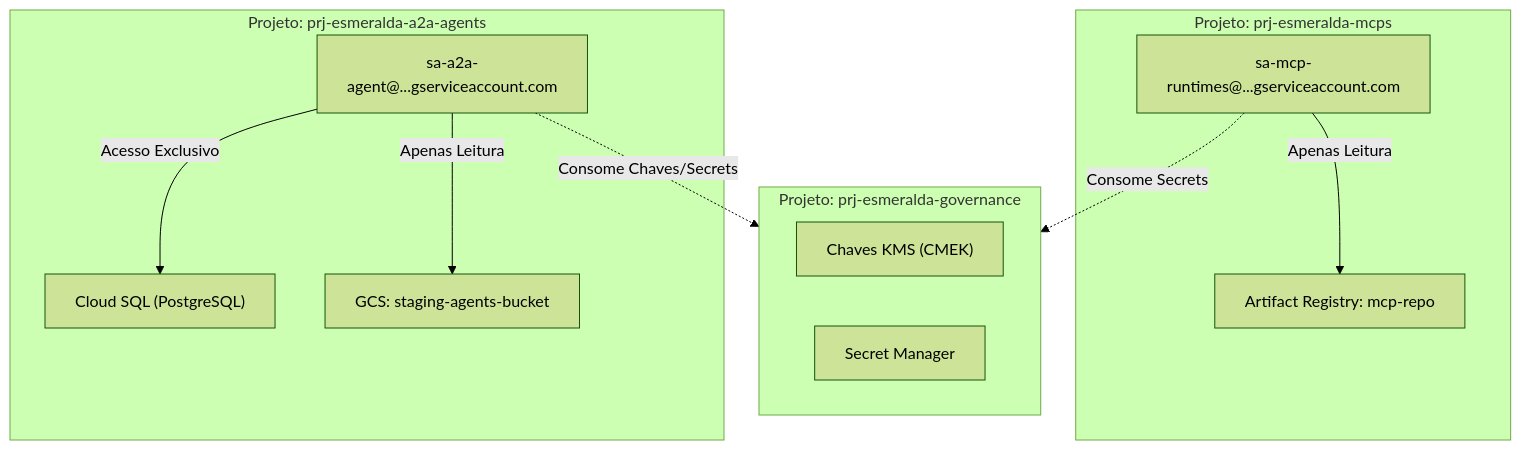
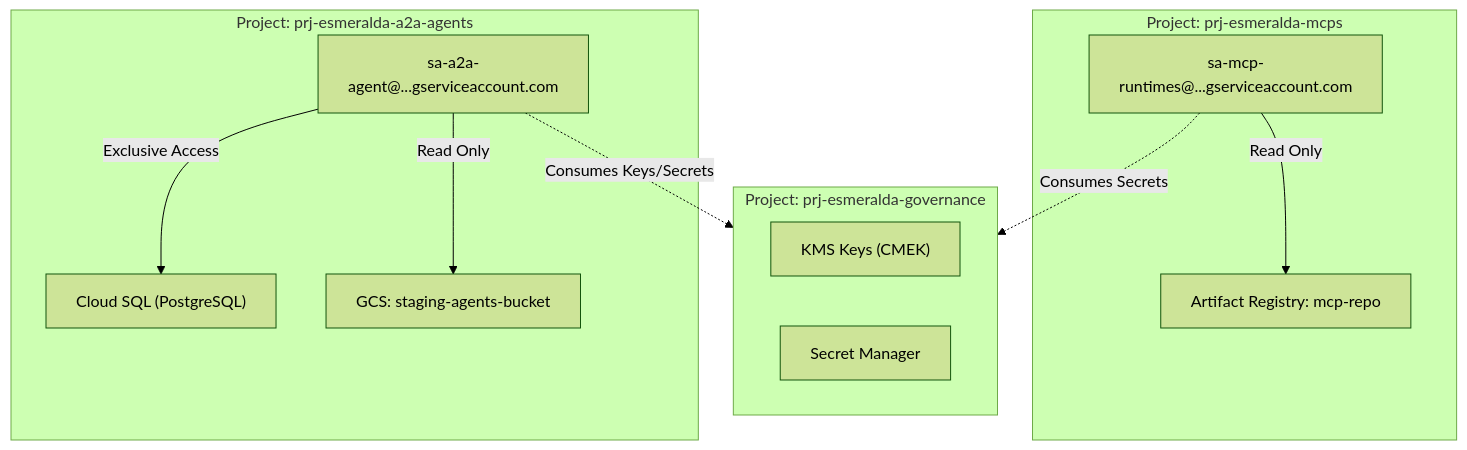
Before and after one commit to google/esmeralda: the sixth of 7 diagrams in docs/migration/01_platform_foundations.md, drawn with Mermaid (forest theme). The commit also changed other lines of this file and 2 other files, not shown here.

Commit message:
docs: translate migration docs to English and standardize current-state architecture terminology

````diff
--- a/docs/migration/01_platform_foundations.md
+++ b/docs/migration/01_platform_foundations.md
@@ -411,19 +403,19 @@
 ```mermaid
 graph TD
-    subgraph Governance["Projeto: prj-esmeralda-governance"]
-        KMS["Chaves KMS (CMEK)"]
+    subgraph Governance["Project: prj-esmeralda-governance"]
+        KMS["KMS Keys (CMEK)"]
         Secret["Secret Manager"]
     end
 
-    subgraph MCPs["Projeto: prj-esmeralda-mcps"]
-        SA_MCP["sa-mcp-runtimes@...gserviceaccount.com"] -->|Apenas Leitura| Registry["Artifact Registry: mcp-repo"]
+    subgraph MCPs["Project: prj-esmeralda-mcps"]
+        SA_MCP["sa-mcp-runtimes@...gserviceaccount.com"] -->|Read Only| Registry["Artifact Registry: mcp-repo"]
     end
 
-    subgraph Agents["Projeto: prj-esmeralda-a2a-agents"]
-        SA_A2A["sa-a2a-agent@...gserviceaccount.com"] -->|Acesso Exclusivo| SQL["Cloud SQL (PostgreSQL)"]
-        SA_A2A -->|Apenas Leitura| GCS_Agent["GCS: staging-agents-bucket"]
+    subgraph Agents["Project: prj-esmeralda-a2a-agents"]
+        SA_A2A["sa-a2a-agent@...gserviceaccount.com"] -->|Exclusive Access| SQL["Cloud SQL (PostgreSQL)"]
+        SA_A2A -->|Read Only| GCS_Agent["GCS: staging-agents-bucket"]
     end
 
-    SA_A2A -. Consome Chaves/Secrets .-> Governance
-    SA_MCP -. Consome Secrets .-> Governance
+    SA_A2A -. Consumes Keys/Secrets .-> Governance
+    SA_MCP -. Consumes Secrets .-> Governance
 ```
````
